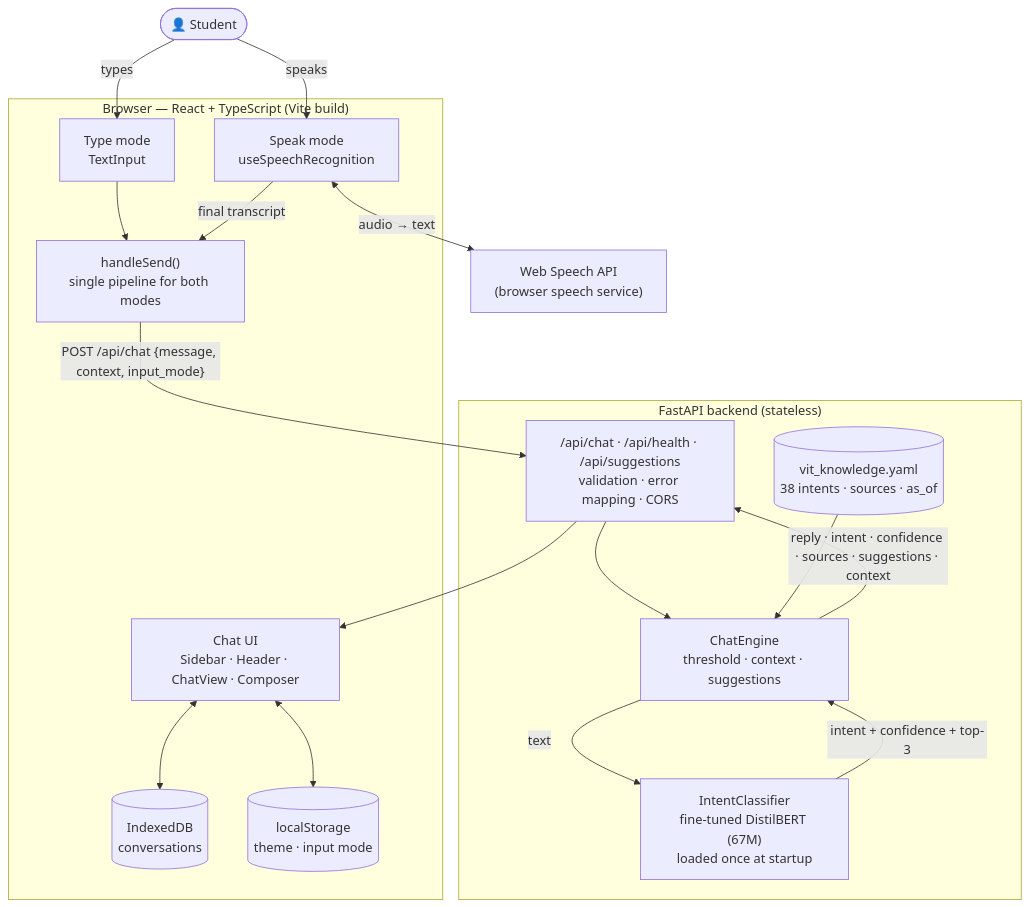
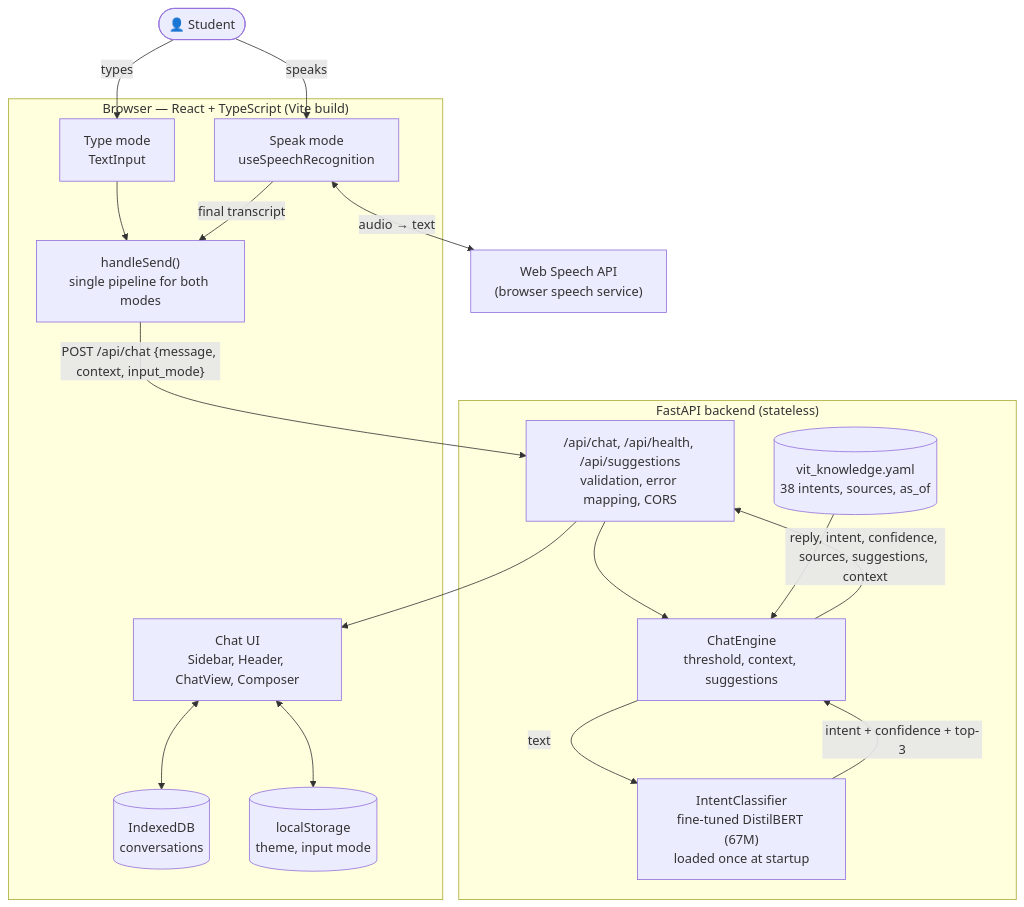
Before and after one commit to js0nnn/VITmate: the first of 6 diagrams in docs/02-system-architecture.md, drawn with Mermaid. The commit also changed other lines of this file and 31 other files, not shown here.

````diff
--- a/docs/02-system-architecture.md
+++ b/docs/02-system-architecture.md
@@ -13,38 +13,38 @@
 ```mermaid
 %% file: system-architecture
 flowchart TD
     User(["👤 Student"])
 
     subgraph Browser["Browser — React + TypeScript (Vite build)"]
-        UI["Chat UI<br/>Sidebar · Header · ChatView · Composer"]
+        UI["Chat UI<br/>Sidebar, Header, ChatView, Composer"]
         Speak["Speak mode<br/>useSpeechRecognition"]
         Type["Type mode<br/>TextInput"]
         Send["handleSend()<br/>single pipeline for both modes"]
         Store[("IndexedDB<br/>conversations")]
-        Prefs[("localStorage<br/>theme · input mode")]
+        Prefs[("localStorage<br/>theme, input mode")]
     end
 
     SR["Web Speech API<br/>(browser speech service)"]
 
     subgraph Server["FastAPI backend (stateless)"]
-        API["/api/chat · /api/health · /api/suggestions<br/>validation · error mapping · CORS"]
-        Engine["ChatEngine<br/>threshold · context · suggestions"]
+        API["/api/chat, /api/health, /api/suggestions<br/>validation, error mapping, CORS"]
+        Engine["ChatEngine<br/>threshold, context, suggestions"]
         Model["IntentClassifier<br/>fine-tuned DistilBERT (67M)<br/>loaded once at startup"]
-        KB[("vit_knowledge.yaml<br/>38 intents · sources · as_of")]
+        KB[("vit_knowledge.yaml<br/>38 intents, sources, as_of")]
     end
 
     User -->|types| Type
     User -->|speaks| Speak
     Speak <-->|audio → text| SR
     Type --> Send
     Speak -->|final transcript| Send
     Send -->|"POST /api/chat {message, context, input_mode}"| API
     API --> Engine
     Engine -->|text| Model
     Model -->|intent + confidence + top-3| Engine
     KB --> Engine
-    Engine -->|"reply · intent · confidence · sources · suggestions · context"| API
+    Engine -->|"reply, intent, confidence, sources, suggestions, context"| API
     API --> UI
     UI <--> Store
     UI <--> Prefs
 ```
````
